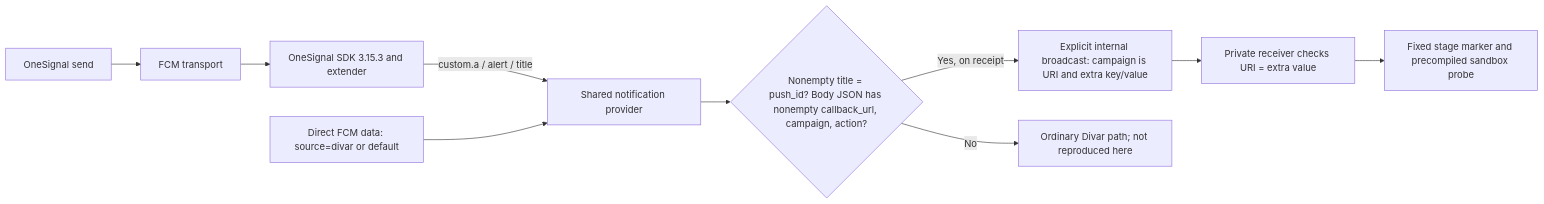
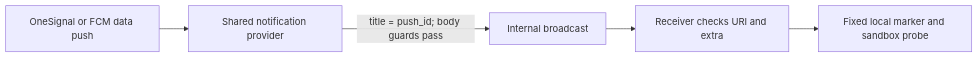
Before and after one commit to Hamid-K/divar-push-lab: the diagram in README.md, drawn with Mermaid. The commit also changed other lines of this file and 1 other file, not shown here.

````diff
--- a/README.md
+++ b/README.md
@@ -46,12 +17,7 @@
 ```mermaid
 flowchart LR
-    O[OneSignal send] --> C[FCM transport]
-    C --> S[OneSignal SDK 3.15.3 and extender]
-    S -->|custom.a / alert / title| P[Shared notification provider]
-    F[Direct FCM data: source=divar or default] --> P
-    P --> G{Nonempty title = push_id? Body JSON has nonempty callback_url, campaign, action?}
-    G -->|Yes, on receipt| B[Explicit internal broadcast: campaign is URI and extra key/value]
-    B --> R[Private receiver checks URI = extra value]
-    R --> L[Fixed stage marker and precompiled sandbox probe]
-    G -->|No| N[Ordinary Divar path; not reproduced here]
+    A[OneSignal or FCM data push] --> B[Shared notification provider]
+    B -->|title = push_id; body guards pass| C[Internal broadcast]
+    C --> D[Receiver checks URI and extra]
+    D --> E[Fixed local marker and sandbox probe]
 ```
````
